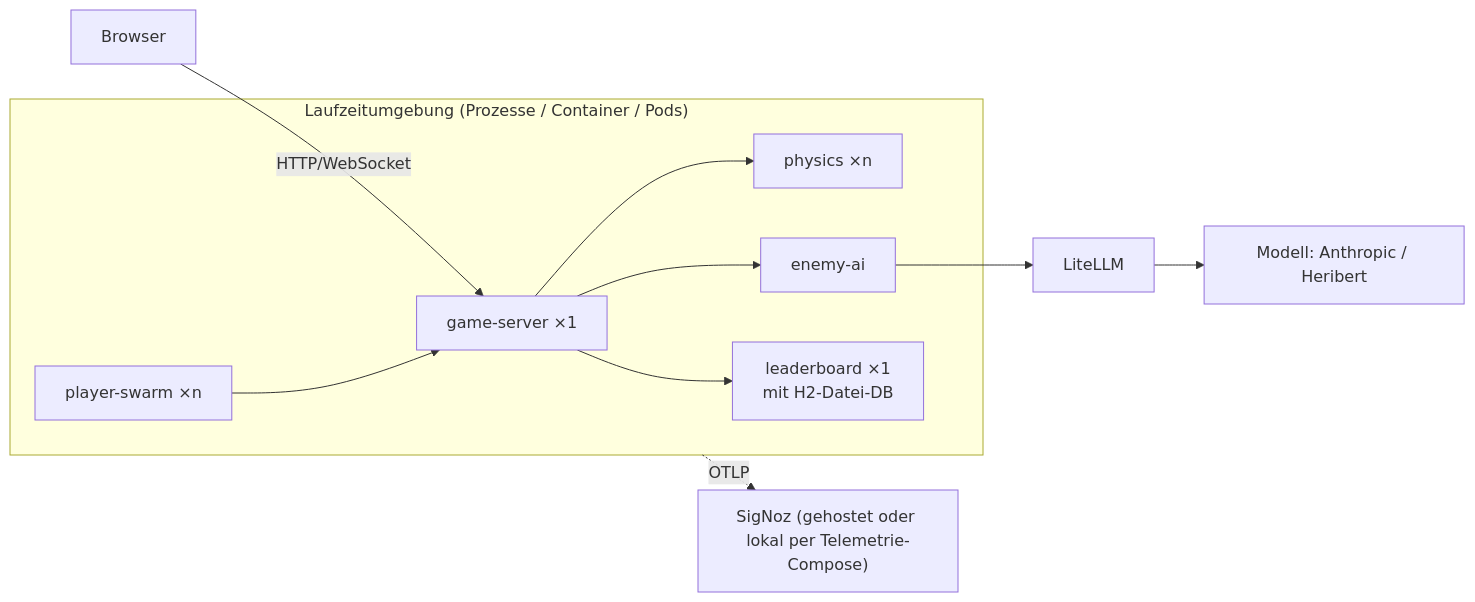
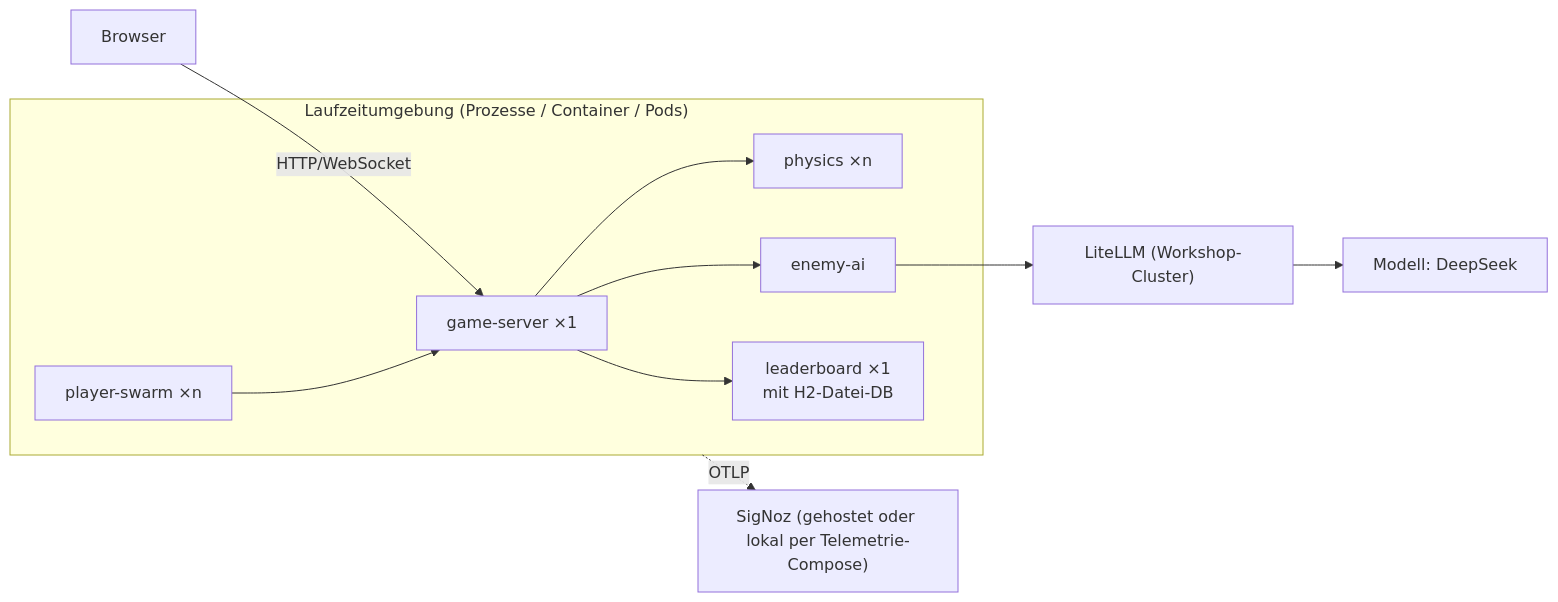
One commit to c-kaiser/u-boot-arcade changed the diagram in arc-doc/07-Verteilungssicht/07-01-Infrastruktur.md. Above: the diagram before and after it, drawn with Mermaid. The commit also changed other lines of this file and 30 other files, not shown here.

First line of the commit message:
LiteLLM aus dem Workshop-Cluster, Modell DeepSeek (ADR-15)

````diff
--- a/arc-doc/07-Verteilungssicht/07-01-Infrastruktur.md
+++ b/arc-doc/07-Verteilungssicht/07-01-Infrastruktur.md
@@ -19,15 +19,15 @@
 ```mermaid
 flowchart LR
     U["Browser"] -- "HTTP/WebSocket" --> GS
     subgraph Knoten["Laufzeitumgebung (Prozesse / Container / Pods)"]
         GS["game-server ×1"]
         PH["physics ×n"]
         AI["enemy-ai"]
         LB["leaderboard ×1<br/>mit H2-Datei-DB"]
         SW["player-swarm ×n"]
     end
     SW --> GS
     GS --> PH & AI & LB
-    AI --> LL["LiteLLM"] --> M["Modell: Anthropic / Heribert"]
+    AI --> LL["LiteLLM (Workshop-Cluster)"] --> M["Modell: DeepSeek"]
     Knoten -. OTLP .-> O["SigNoz (gehostet oder lokal per Telemetrie-Compose)"]
 ```
````
